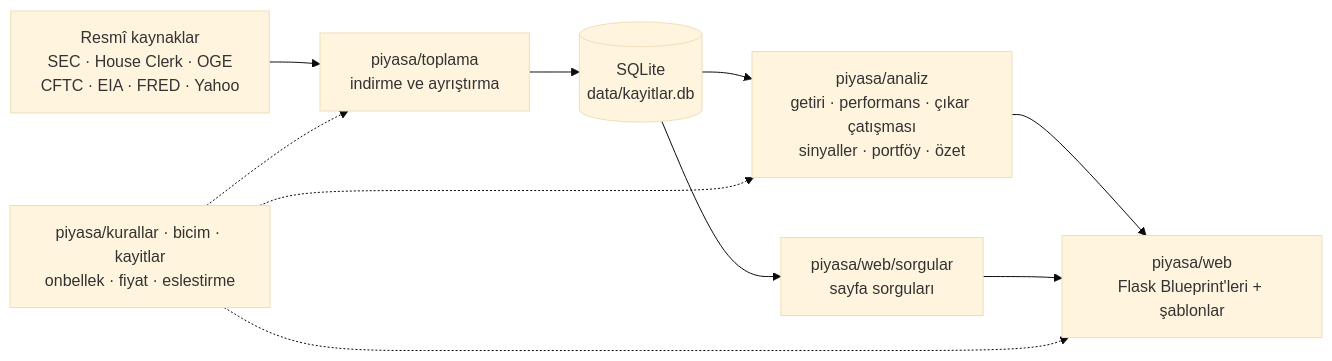
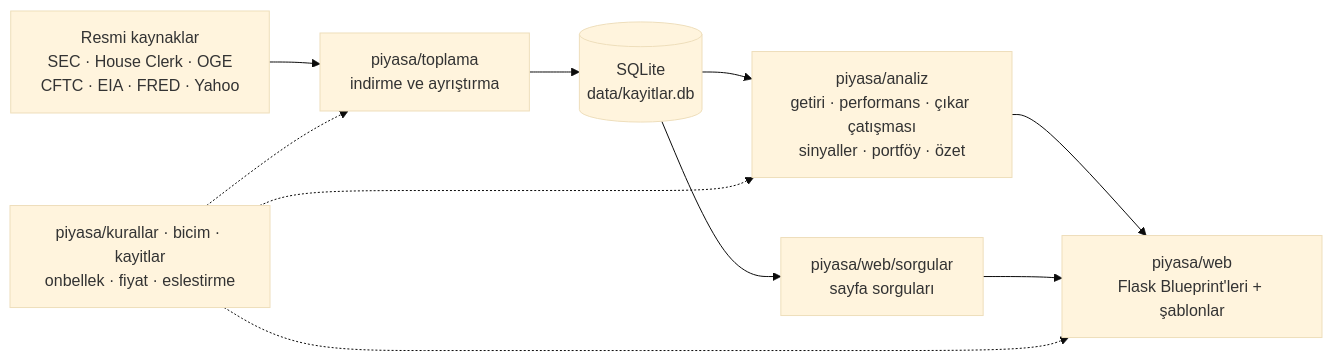
Before and after one commit to cemgokmen/piyasa-kaydi: the diagram in readme.md, drawn with Mermaid (base theme). The commit also changed other lines of this file and 10 other files, not shown here.

````diff
--- a/readme.md
+++ b/readme.md
@@ -169,10 +171,10 @@
 ```mermaid
 flowchart LR
-    K["Resmî kaynaklar<br/>SEC · House Clerk · OGE<br/>CFTC · EIA · FRED · Yahoo"] --> T["piyasa/toplama<br/>indirme ve ayrıştırma"]
+    K["Resmi kaynaklar<br/>SEC · House Clerk · OGE<br/>CFTC · EIA · FRED · Yahoo"] --> T["piyasa/toplama<br/>indirme ve ayrıştırma"]
     T --> V[("SQLite<br/>data/kayitlar.db")]
     V --> A["piyasa/analiz<br/>getiri · performans · çıkar çatışması<br/>sinyaller · portföy · özet"]
     V --> S["piyasa/web/sorgular<br/>sayfa sorguları"]
     A --> W["piyasa/web<br/>Flask Blueprint'leri + şablonlar"]
     S --> W
     C["piyasa/kurallar · bicim · kayitlar<br/>onbellek · fiyat · eslestirme"] -.-> T & A & W
 ```
````
